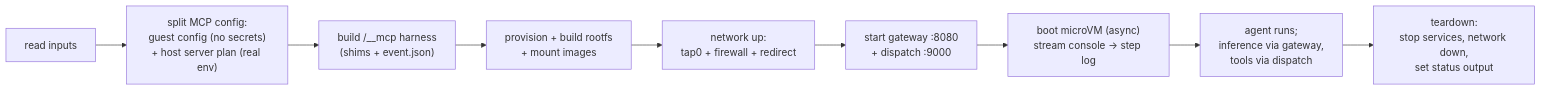
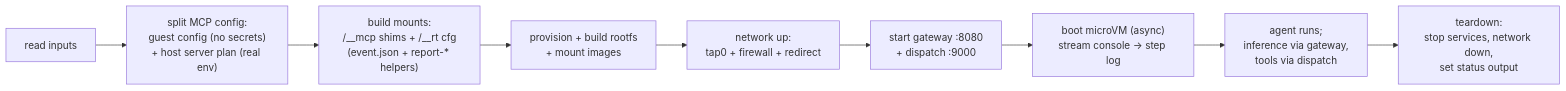
Before and after one commit to ericsciple/microvm-agent: the seventh of 7 diagrams in docs/architecture.md, drawn with Mermaid. The commit also changed other lines of this file and 1 other file, not shown here.

First line of the commit message:
docs: update architecture + README for 2.2 (event.json on /__rt, diagnostics, console filter)

````diff
--- a/docs/architecture.md
+++ b/docs/architecture.md
@@ -221,11 +269,11 @@
 ```mermaid
 flowchart LR
   I["read inputs"] --> P["split MCP config:<br/>guest config (no secrets)<br/>+ host server plan (real env)"]
-  P --> B["build /__mcp harness<br/>(shims + event.json)"]
+  P --> B["build mounts:<br/>/__mcp shims + /__rt cfg<br/>(event.json + report-* helpers)"]
   B --> R["provision + build rootfs<br/>+ mount images"]
   R --> N["network up:<br/>tap0 + firewall + redirect"]
   N --> S["start gateway :8080<br/>+ dispatch :9000"]
   S --> V["boot microVM (async)<br/>stream console → step log"]
   V --> A["agent runs;<br/>inference via gateway,<br/>tools via dispatch"]
   A --> T["teardown:<br/>stop services, network down,<br/>set status output"]
 ```
````
